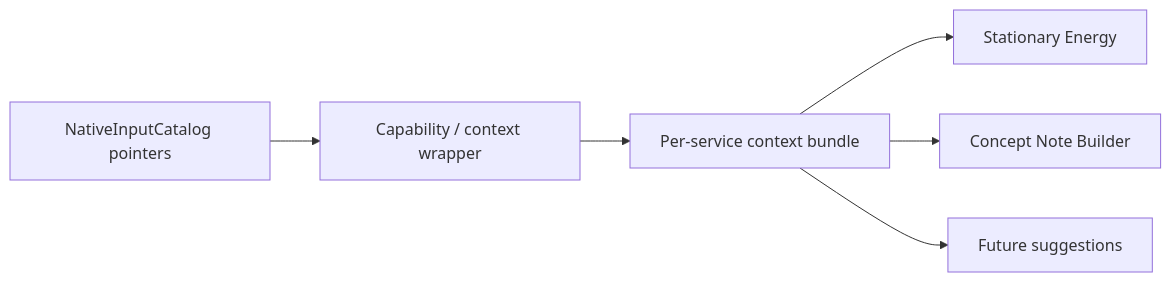
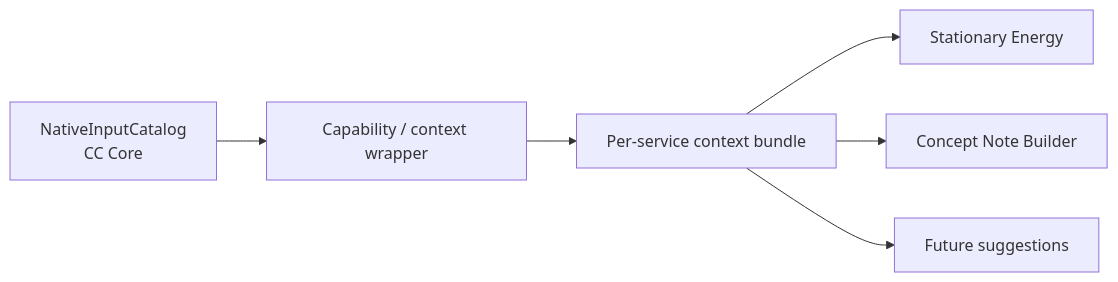
The third of 3 diagrams in docs/NativeDocumentStorageArchitecture.md (Open-Earth-Foundation/CityCatalyst), drawn with Mermaid before and after one commit. The commit also changed other lines of this file, not shown here.

First line of the commit message:
docs(CC-553): align NativeInputCatalog with architecture check

````diff
--- a/docs/NativeDocumentStorageArchitecture.md
+++ b/docs/NativeDocumentStorageArchitecture.md
@@ -288,8 +256,8 @@
 ```mermaid
 flowchart LR
-  Cat["NativeInputCatalog pointers"] --> Cap["Capability / context wrapper"]
+  Cat["NativeInputCatalog<br/>CC Core"] --> Cap["Capability / context wrapper"]
   Cap --> Bundle["Per-service context bundle"]
   Bundle --> SE["Stationary Energy"]
   Bundle --> CNBw["Concept Note Builder"]
   Bundle --> Recs["Future suggestions"]
 ```
````
